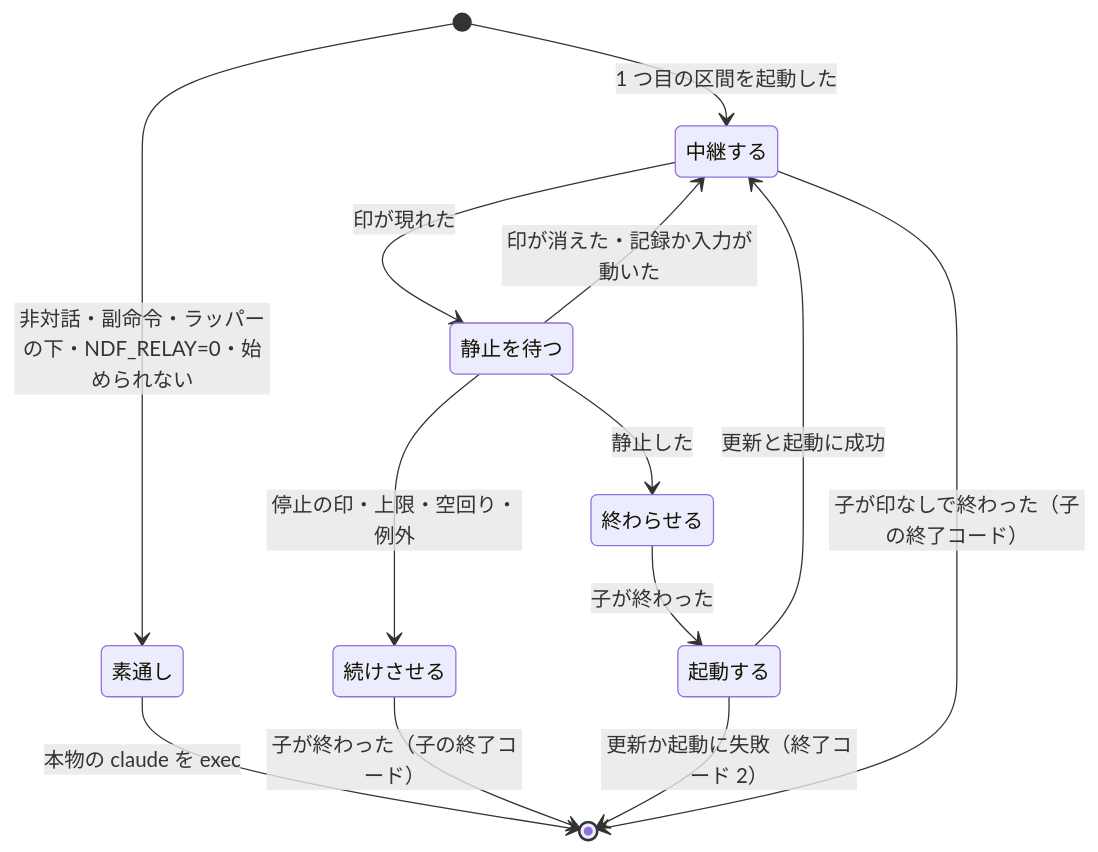
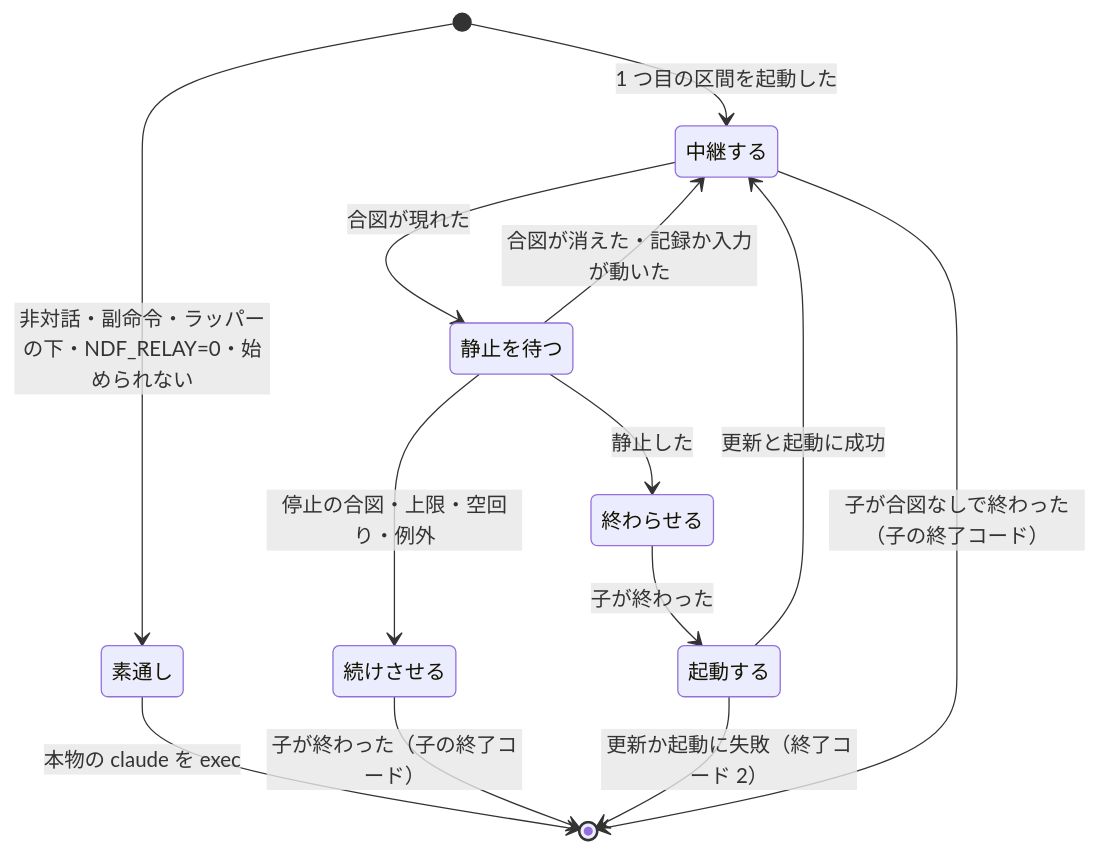
The second of 2 diagrams in docs/specifications/ndf-relay-segment-restart.md (devbasex/ai-plugins), drawn with Mermaid before and after one commit. The commit also changed other lines of this file and 120 other files, not shown here.

First line of the commit message:
Refactor: 印を合図・承認ラベル・危険フラグ・目印へ分ける（#1107）

````diff
--- a/docs/specifications/ndf-relay-segment-restart.md
+++ b/docs/specifications/ndf-relay-segment-restart.md
@@ -210,15 +210,15 @@
 ```mermaid
 stateDiagram-v2
     [*] --> 素通し: 非対話・副命令・ラッパーの下・NDF_RELAY=0・始められない
     素通し --> [*]: 本物の claude を exec
     [*] --> 中継する: 1 つ目の区間を起動した
-    中継する --> 静止を待つ: 印が現れた
-    静止を待つ --> 中継する: 印が消えた・記録か入力が動いた
-    静止を待つ --> 続けさせる: 停止の印・上限・空回り・例外
+    中継する --> 静止を待つ: 合図が現れた
+    静止を待つ --> 中継する: 合図が消えた・記録か入力が動いた
+    静止を待つ --> 続けさせる: 停止の合図・上限・空回り・例外
     静止を待つ --> 終わらせる: 静止した
     続けさせる --> [*]: 子が終わった（子の終了コード）
     終わらせる --> 起動する: 子が終わった
     起動する --> 中継する: 更新と起動に成功
     起動する --> [*]: 更新か起動に失敗（終了コード 2）
-    中継する --> [*]: 子が印なしで終わった（子の終了コード）
+    中継する --> [*]: 子が合図なしで終わった（子の終了コード）
 ```
````
